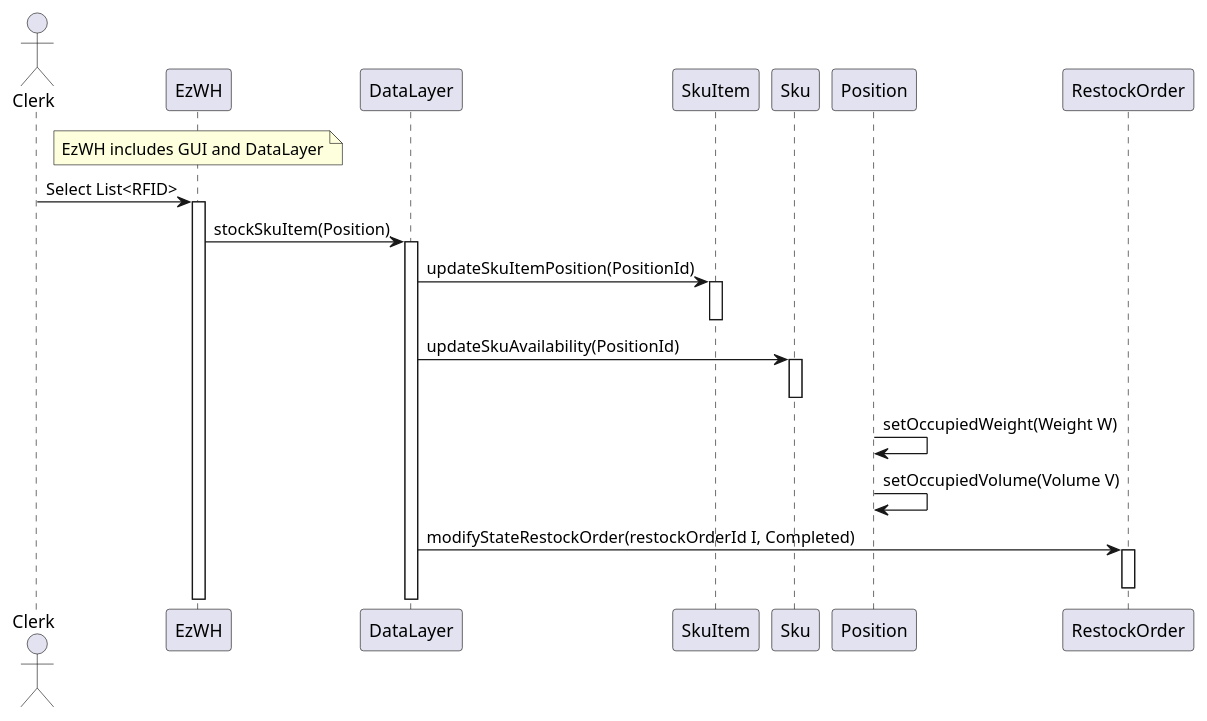
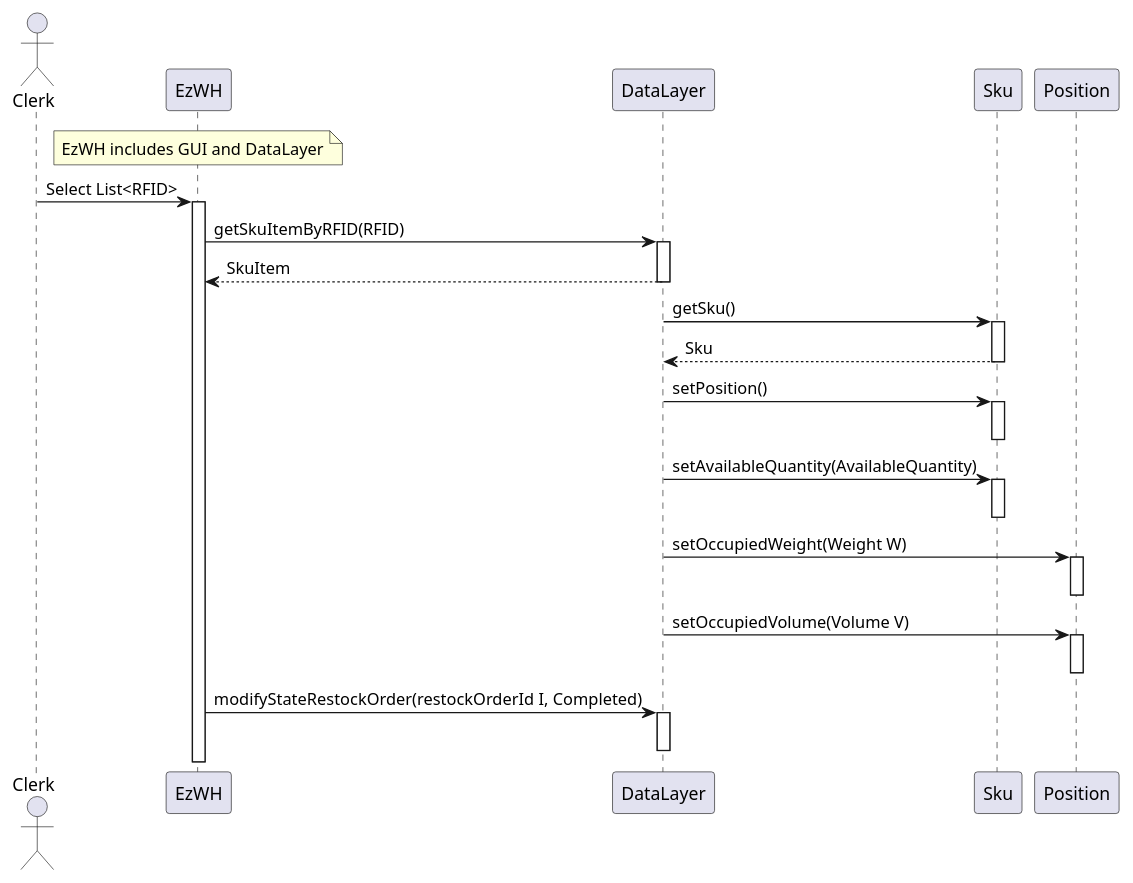
The fourth of 4 diagrams in DesignDocument.md (LucaFilippetti99/EzWh---Software-engineering-project), drawn with PlantUML before and after one commit. The commit also changed other lines of this file, not shown here.

Commit message:
modified scenario 5-3-1

````diff
--- a/DesignDocument.md
+++ b/DesignDocument.md
@@ -177,28 +178,39 @@
 ```plantuml
 
 actor Clerk
 note over EzWH : EzWH includes GUI and DataLayer
 Clerk -> EzWH : Select List<RFID> 
 activate EzWH
 
-EzWH -> DataLayer : stockSkuItem(Position)
+EzWH -> DataLayer : getSkuItemByRFID(RFID)
 activate DataLayer
+return  SkuItem
 
-DataLayer -> SkuItem : updateSkuItemPosition(PositionId)
-activate SkuItem
-deactivate SkuItem
+DataLayer -> Sku : getSku()
+activate Sku
+return  Sku
 
-DataLayer -> Sku : updateSkuAvailability(PositionId)
+DataLayer -> Sku : setPosition()
 activate Sku
 deactivate Sku
 
+DataLayer -> Sku : setAvailableQuantity(AvailableQuantity)
+activate Sku
+deactivate Sku
 
-Position -> Position :   setOccupiedWeight(Weight W)
-Position -> Position :    setOccupiedVolume(Volume V)
+DataLayer -> Position : setOccupiedWeight(Weight W)
+activate Position
+deactivate Position
 
-DataLayer -> RestockOrder :  modifyStateRestockOrder(restockOrderId I, Completed) 
-activate RestockOrder
-deactivate RestockOrder
+DataLayer -> Position : setOccupiedVolume(Volume V)
+activate Position
+deactivate Position
+  
+
+EzWH -> DataLayer :  modifyStateRestockOrder(restockOrderId I, Completed) 
+activate DataLayer
+deactivate DataLayer
+
 
 
 ```
````
